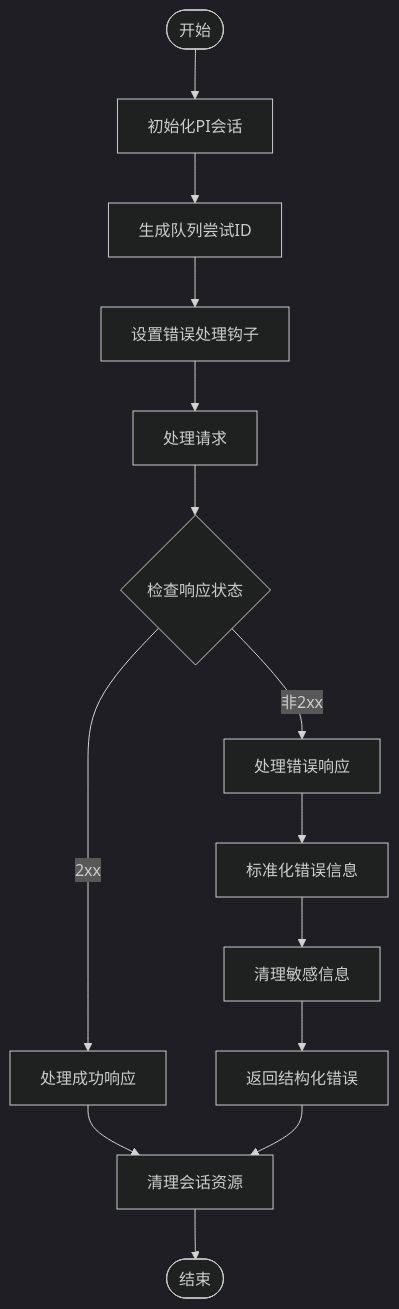
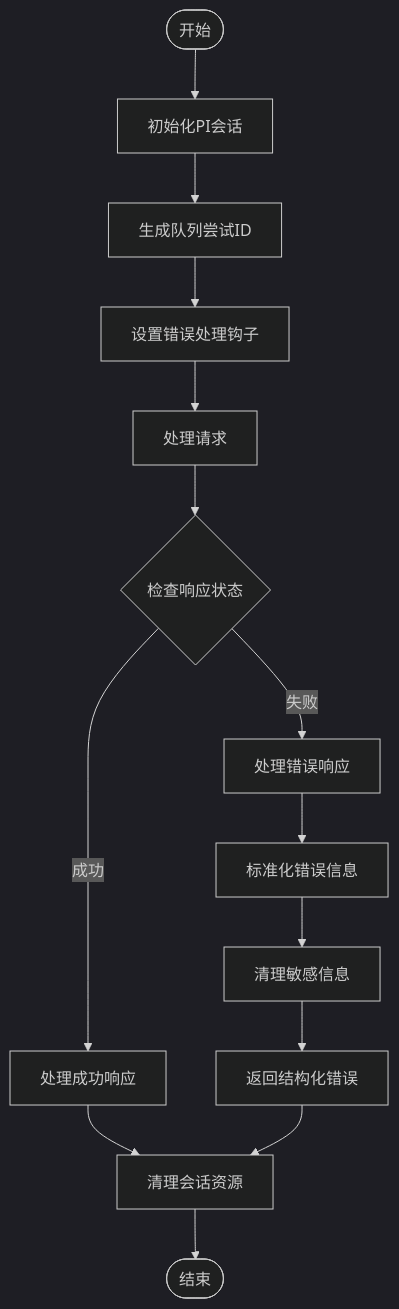
One commit to scottcwy/PurpleInk changed the fifth of 8 diagrams in .qoder/repowiki/zh/content/API参考/导演系统API/导演系统API.md. Above: the diagram before and after it, drawn with Mermaid (dark theme). The commit also changed other lines of this file and 29 other files, not shown here.

````diff
--- a/.qoder/repowiki/zh/content/API参考/导演系统API/导演系统API.md
+++ b/.qoder/repowiki/zh/content/API参考/导演系统API/导演系统API.md
@@ -336,16 +328,16 @@
 ```mermaid
 flowchart TD
 Start(["开始"]) --> InitSession["初始化PI会话"]
 InitSession --> GenerateID["生成队列尝试ID"]
 GenerateID --> SetHooks["设置错误处理钩子"]
 SetHooks --> ProcessRequest["处理请求"]
 ProcessRequest --> CheckResponse{"检查响应状态"}
-CheckResponse --> |2xx| Success["处理成功响应"]
-CheckResponse --> |非2xx| HandleError["处理错误响应"]
+CheckResponse --> |成功| Success["处理成功响应"]
+CheckResponse --> |失败| HandleError["处理错误响应"]
 HandleError --> NormalizeError["标准化错误信息"]
 NormalizeError --> CleanSensitive["清理敏感信息"]
 CleanSensitive --> ReturnError["返回结构化错误"]
 Success --> Cleanup["清理会话资源"]
 ReturnError --> Cleanup
 Cleanup --> End(["结束"])
 ```
````
